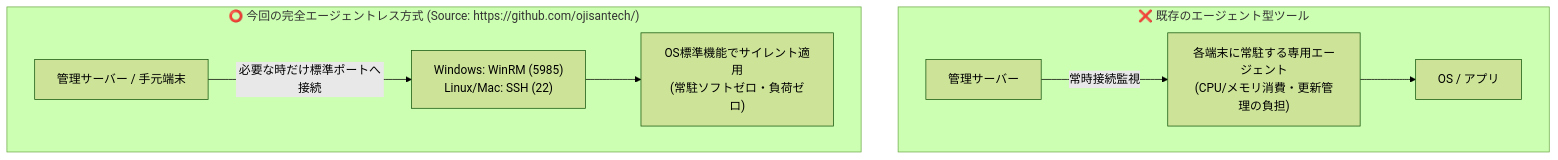
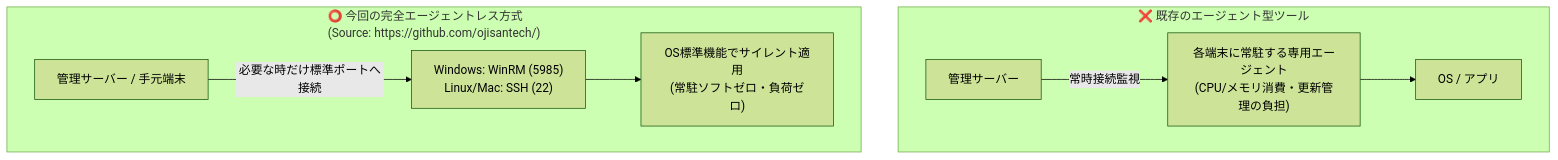
Before and after one commit to ojisantech/ojisan-arsenal: the second of 2 diagrams in QIITA_ARTICLE_DETAIL_2.md, drawn with Mermaid (forest theme).

Commit message:
style: add line breaks to mermaid subgraph titles to prevent node overlap

````diff
--- a/QIITA_ARTICLE_DETAIL_2.md
+++ b/QIITA_ARTICLE_DETAIL_2.md
@@ -56,12 +56,12 @@
 ```mermaid
 flowchart TD
-    subgraph Heavy ["❌ 既存のエージェント型ツール"]
+    subgraph Heavy ["❌ 既存のエージェント型ツール<br/>&nbsp;"]
         H_Server["管理サーバー"] -->|"常時接続監視"| H_Agent["各端末に常駐する専用エージェント<br/>(CPU/メモリ消費・更新管理の負担)"]
         H_Agent --> H_OS["OS / アプリ"]
     end
 
-    subgraph Light ["⭕ 今回の完全エージェントレス方式 (Source: https://github.com/ojisantech/)"]
+    subgraph Light ["⭕ 今回の完全エージェントレス方式<br/>(Source: https://github.com/ojisantech/)<br/>&nbsp;"]
         L_Server["管理サーバー / 手元端末"] -->|"必要な時だけ標準ポートへ接続"| L_Port["Windows: WinRM (5985)<br/>Linux/Mac: SSH (22)"]
         L_Port --> L_OS["OS標準機能でサイレント適用<br/>(常駐ソフトゼロ・負荷ゼロ)"]
     end
 ```
````
